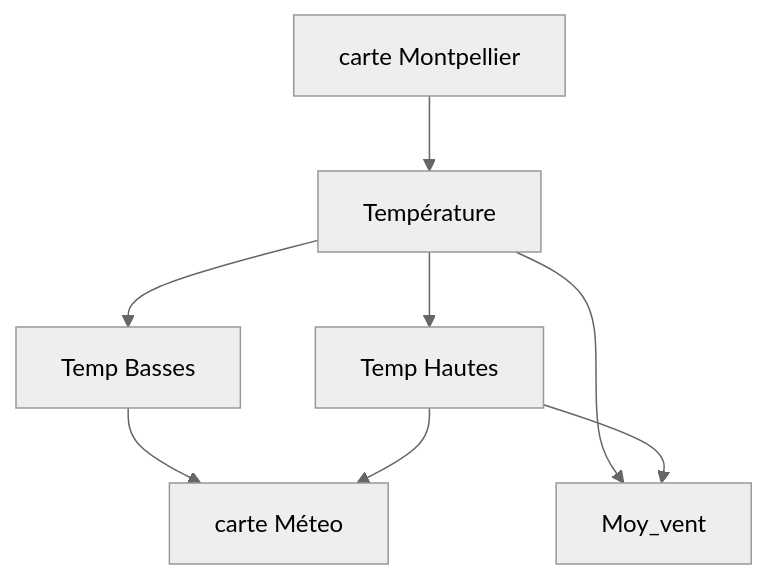
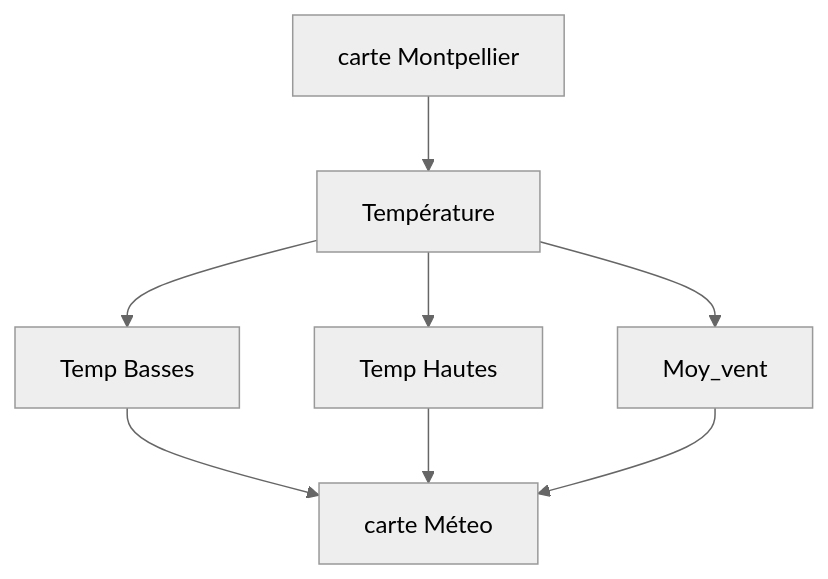
Before and after one commit to Thiziriinfo/Montpellier_Weather: the diagram in README.md, drawn with Mermaid (neutral theme).

````diff
--- a/README.md
+++ b/README.md
@@ -7,11 +7,11 @@
 ```mermaid
 flowchart TD
     A[carte Montpellier ] --> B[Température ]
     B --> D[Temp Hautes]
     B --> E[Temp Basses]
     B --> C[Moy_vent ]
 
     E --> G[carte Méteo ]
     D --> G
-    D --> C
+    C --> G
 ```
````
